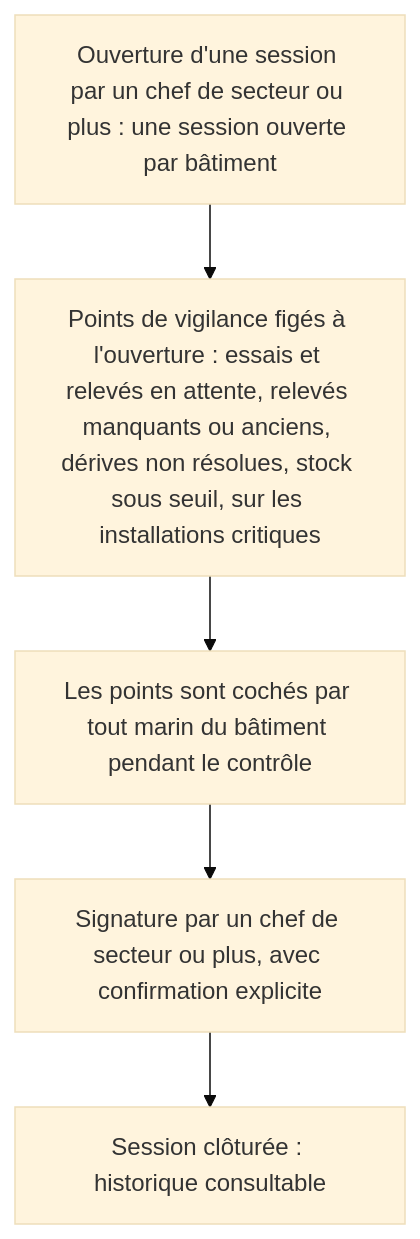
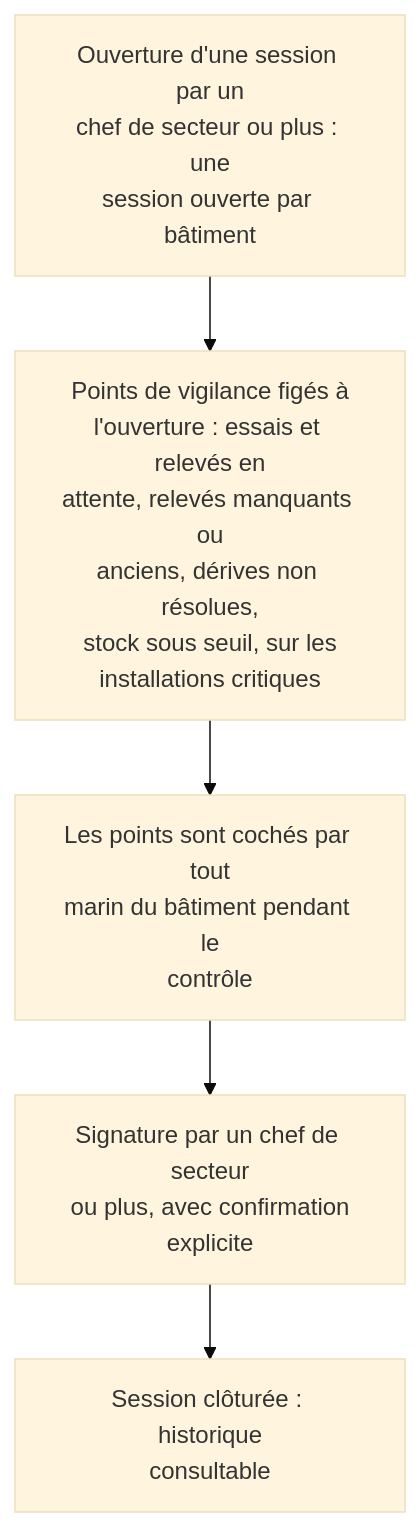
Before and after one commit to Mattrix2211/Matrix: the diagram in docs/dossier-technique/schemas/src/S32_appareillage_reel.mmd, drawn with Mermaid (base theme). The commit also changed 68 other files, not shown here.

```diff
--- a/docs/dossier-technique/schemas/src/S32_appareillage_reel.mmd
+++ b/docs/dossier-technique/schemas/src/S32_appareillage_reel.mmd
@@ -1,7 +1,7 @@
 flowchart TB
-  O["Ouverture d'une session par un chef de secteur ou plus : une session ouverte par bâtiment"]
-  G["Points de vigilance figés à l'ouverture : essais et relevés en attente, relevés manquants ou anciens, dérives non résolues, stock sous seuil, sur les installations critiques"]
-  C["Les points sont cochés par tout marin du bâtiment pendant le contrôle"]
-  S["Signature par un chef de secteur ou plus, avec confirmation explicite"]
-  H["Session clôturée : historique consultable"]
+  O["Ouverture d'une session par un<br/>chef de secteur ou plus : une<br/>session ouverte par bâtiment"]
+  G["Points de vigilance figés à<br/>l'ouverture : essais et relevés en<br/>attente, relevés manquants ou<br/>anciens, dérives non résolues,<br/>stock sous seuil, sur les<br/>installations critiques"]
+  C["Les points sont cochés par tout<br/>marin du bâtiment pendant le<br/>contrôle"]
+  S["Signature par un chef de secteur<br/>ou plus, avec confirmation<br/>explicite"]
+  H["Session clôturée : historique<br/>consultable"]
   O --> G --> C --> S --> H
```
